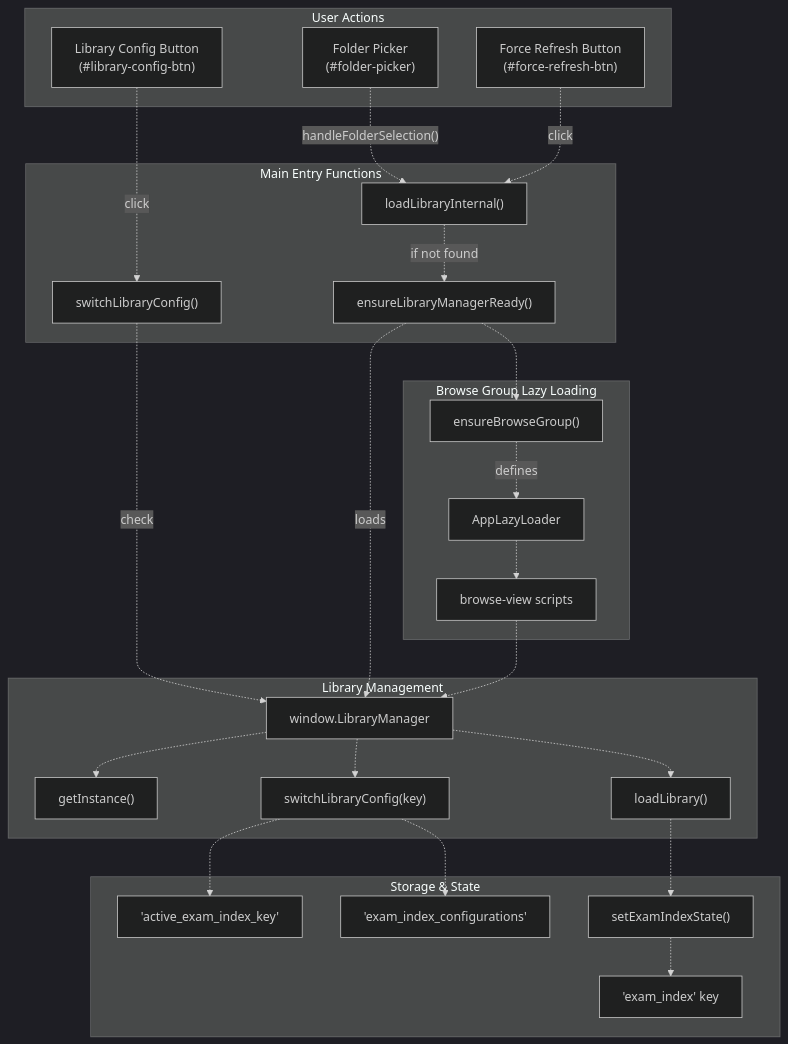
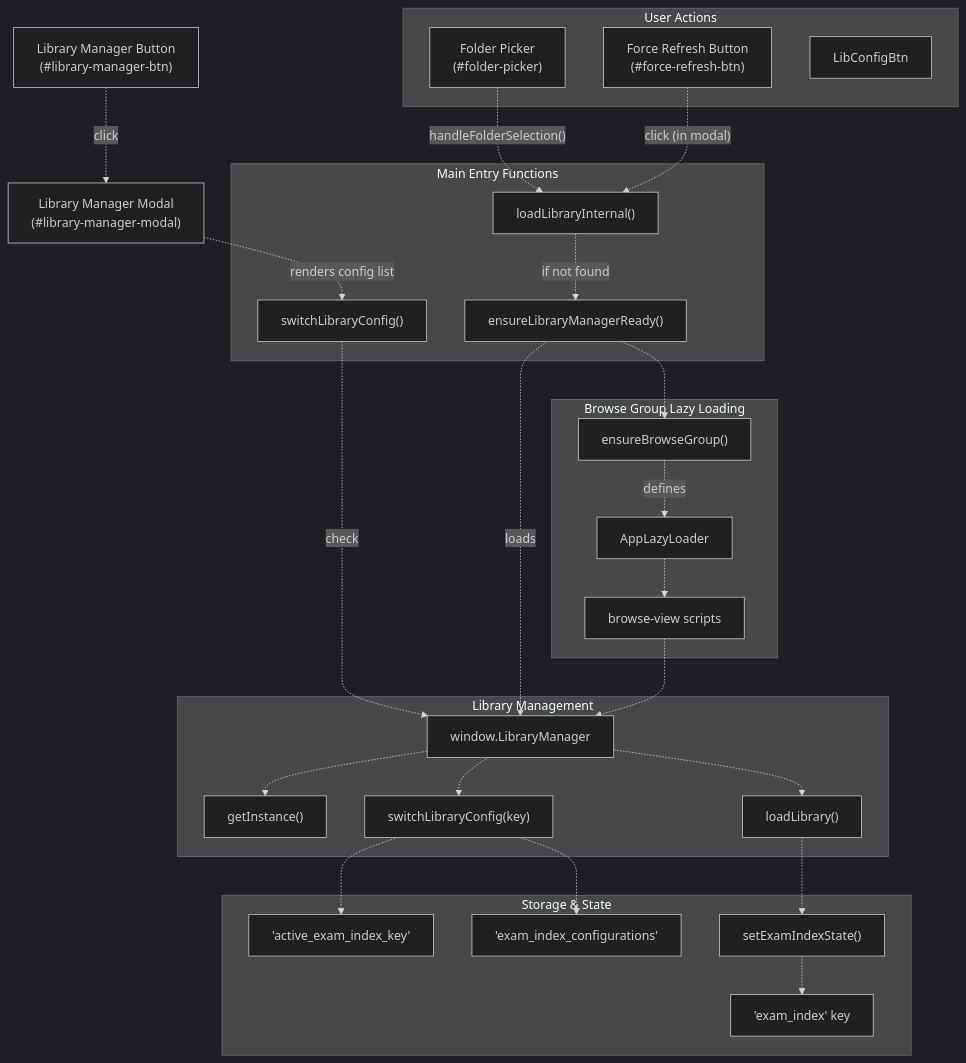
Before and after one commit to sallowayma-git/IELTS-practice: the second of 4 diagrams in developer/doc/Wiki/Exam-Content-&-Library-Management.md, drawn with Mermaid (dark theme). The commit also changed 19 other files, not shown here.

````diff
--- a/developer/doc/Wiki/Exam-Content-&-Library-Management.md
+++ b/developer/doc/Wiki/Exam-Content-&-Library-Management.md
@@ -207,71 +207,73 @@
 ```mermaid
 flowchart TD
 
 FolderPick["Folder Picker<br>(#folder-picker)"]
-LibConfigBtn["Library Config Button<br>(#library-config-btn)"]
+LibMgrBtn["Library Manager Button<br>(#library-manager-btn)"]
+LibMgrModal["Library Manager Modal<br>(#library-manager-modal)"]
 ForceRefresh["Force Refresh Button<br>(#force-refresh-btn)"]
 LibMgr["window.LibraryManager"]
 GetInst["getInstance()"]
 SwitchConfig["switchLibraryConfig(key)"]
 LoadLib["loadLibrary()"]
 EnsureReady["ensureLibraryManagerReady()"]
 LoadLibInternal["loadLibraryInternal()"]
 SwitchWrapper["switchLibraryConfig()"]
 StorageKey["'exam_index' key"]
 ActiveKey["'active_exam_index_key'"]
 ConfigsKey["'exam_index_configurations'"]
 SetState["setExamIndexState()"]
 EnsureBrowse["ensureBrowseGroup()"]
 LazyLoader["AppLazyLoader"]
 BrowseScripts["browse-view scripts"]
 
 FolderPick -.->|"handleFolderSelection()"| LoadLibInternal
-LibConfigBtn -.->|"click"| SwitchWrapper
-ForceRefresh -.->|"click"| LoadLibInternal
+LibMgrBtn -.->|"click"| LibMgrModal
+LibMgrModal -.->|"renders config list"| SwitchWrapper
+ForceRefresh -.->|"click (in modal)"| LoadLibInternal
 SwitchWrapper -.->|"check"| LibMgr
 EnsureReady -.->|"loads"| LibMgr
 EnsureReady -.-> EnsureBrowse
 BrowseScripts -.-> LibMgr
 LoadLib -.-> SetState
 SwitchConfig -.-> ActiveKey
 SwitchConfig -.-> ConfigsKey
 
 subgraph subGraph4 ["Browse Group Lazy Loading"]
     EnsureBrowse
     LazyLoader
     BrowseScripts
     EnsureBrowse -.->|"defines"| LazyLoader
     LazyLoader -.-> BrowseScripts
 end
 
 subgraph subGraph3 ["Storage & State"]
     StorageKey
     ActiveKey
     ConfigsKey
     SetState
     SetState -.-> StorageKey
 end
 
 subgraph subGraph2 ["Main Entry Functions"]
     EnsureReady
     LoadLibInternal
     SwitchWrapper
     LoadLibInternal -.->|"if not found"| EnsureReady
 end
 
 subgraph subGraph1 ["Library Management"]
     LibMgr
     GetInst
     SwitchConfig
     LoadLib
     LibMgr -.-> GetInst
     LibMgr -.-> SwitchConfig
     LibMgr -.-> LoadLib
 end
 
 subgraph subGraph0 ["User Actions"]
     FolderPick
     LibConfigBtn
     ForceRefresh
 end
 ```
````
